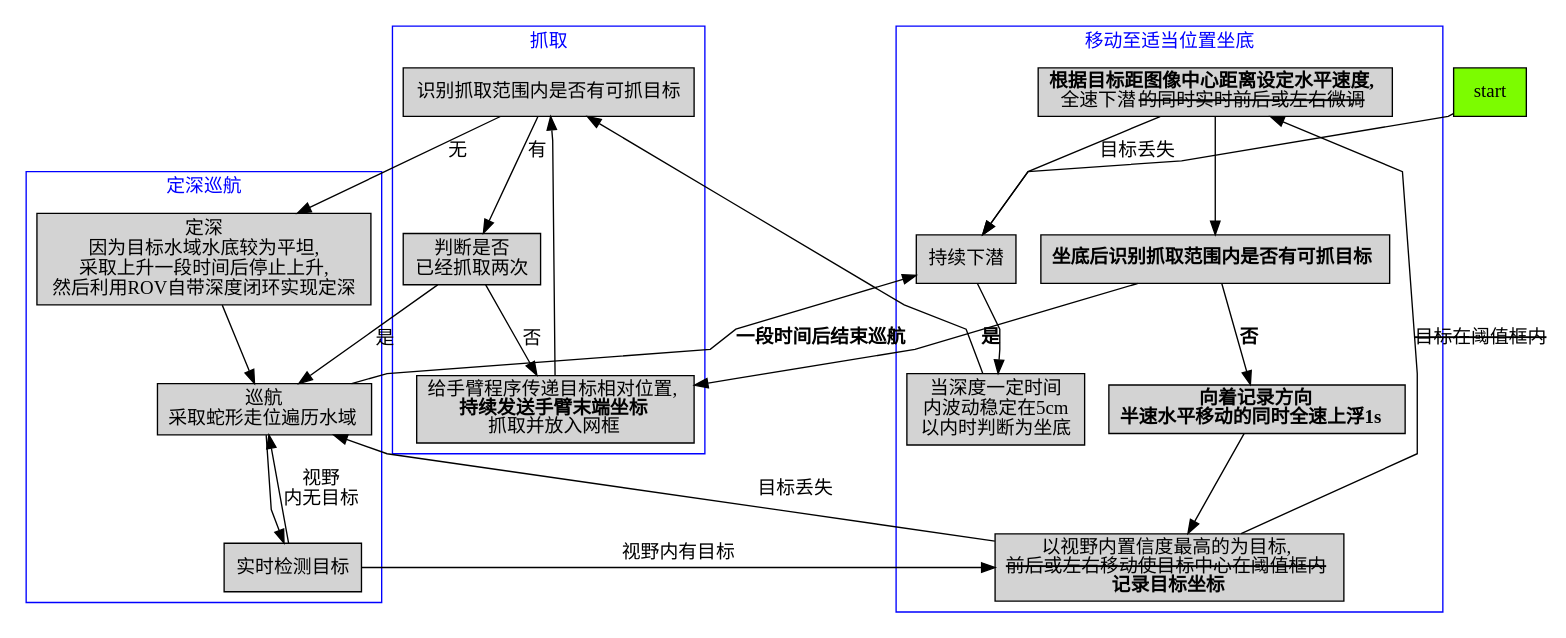
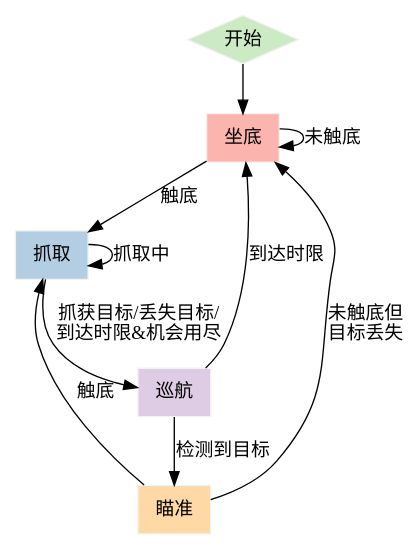
One commit to LeoJhonSong/Soft-Robotic-ROV changed the diagram in doc/抓取流程.dot. Above: the diagram before and after it, drawn with Graphviz. The commit also changed 2 other files, not shown here.

```diff
--- a/doc/抓取流程.dot
+++ b/doc/抓取流程.dot
@@ -1,56 +1,21 @@
 digraph G {
-  splines=polyline
-  node [shape=box]
-  subgraph cluster_dive {
-    node [style=filled;]
-    x[label="持续下潜"]
-    x -> a
-    a[label="当深度一定时间\n内波动稳定在5cm\n以内时判断为坐底"]
-    b[label=<以视野内置信度最高的为目标,<br/><s>前后或左右移动使目标中心在阈值框内</s><br/><b>记录目标坐标</b>>]
-    y -> x[label="目标丢失"]
-    y[label=<<b>根据目标距图像中心距离设定水平速度,<br/></b>全速下潜<s>的同时实时前后或左右微调</s>>]
-    b -> y[label=<<s>目标在阈值框内</s>>]
-    y -> g
-    g[label=<<b>坐底后识别抓取范围内是否有可抓目标</b>>]
-    g -> k[label=<<b>否</b>>]
-    k[label=<<b>向着记录方向<br/>半速水平移动的同时全速上浮1s</b>>]
-    k -> b
-    fontcolor = "blue"
-    label = "移动至适当位置坐底";
-    color=blue
-  }
-  subgraph cluster_curise {
-    node [style=filled]
-    c[label=<巡航<br/>采取蛇形走位遍历水域>]
-    d[label="定深\n因为目标水域水底较为平坦,\n采取上升一段时间后停止上升,\n然后利用ROV自带深度闭环实现定深"]
-    d -> c
-    l[label="实时检测目标"]
-    l -> c[label="视野\n内无目标"]
-    c -> l
-    l -> b[label="视野内有目标"]
-    fontcolor = "blue"
-    label = "定深巡航";
-    color=blue
-  }
-  subgraph cluster_grasp {
-    node [style=filled];
-    a -> f
-    e[label=<给手臂程序传递目标相对位置,<br/><b>持续发送手臂末端坐标</b><br/>抓取并放入网框>]
-    f[label="识别抓取范围内是否有可抓目标"]
-    i[label="判断是否\n已经抓取两次"]
-    f -> i[label="有"]
-    e-> f
-    i -> e[label="否"]
-    fontcolor = "blue"
-    label = "抓取"
-    color=blue
-  }
-  start -> x
-  f -> d[label="无"]
-  b -> c[label="目标丢失"]
-  i -> c[label="是"]
-  g -> e[label=<<b>是</b>>]
-  c -> x[label=<<b>一段时间后结束巡航</b>>]
+  splines=spline
+  node [shape=box colorscheme=pastel19 style="filled" color=9]
 
-  start [style="filled"; fillcolor="lawngreen" color=black];
+  l [label="坐底" fillcolor=1]
+  g [label="抓取" fillcolor=2]
+  c [label="巡航" fillcolor=4]
+  a [label="瞄准" fillcolor=5]
+
+  l -> l [label="未触底"]
+  l -> g [label="触底"]
+  g -> g [label="抓取中"]
+  g -> c [label="抓获目标/丢失目标/\n到达时限&机会用尽"]
+  c -> l [label="到达时限"]
+  c -> a [label="检测到目标"]
+  a -> l [label="未触底但\n目标丢失"]
+  a -> g [label="触底"]
+
+  start [label="开始" shape=diamond fillcolor=3]
+  start -> l
 }
```
